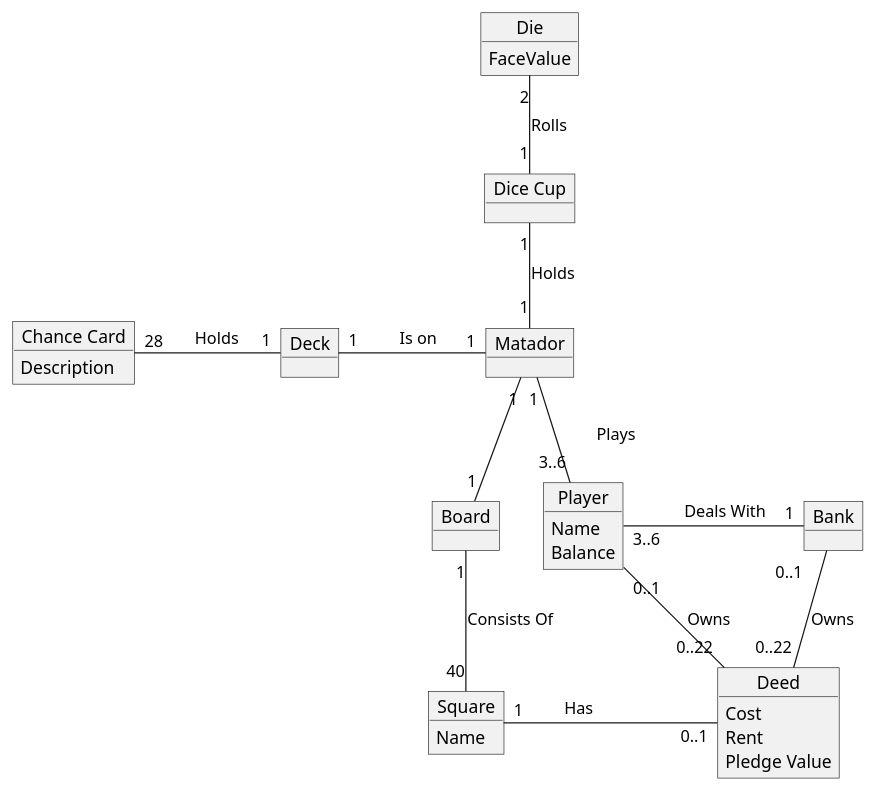
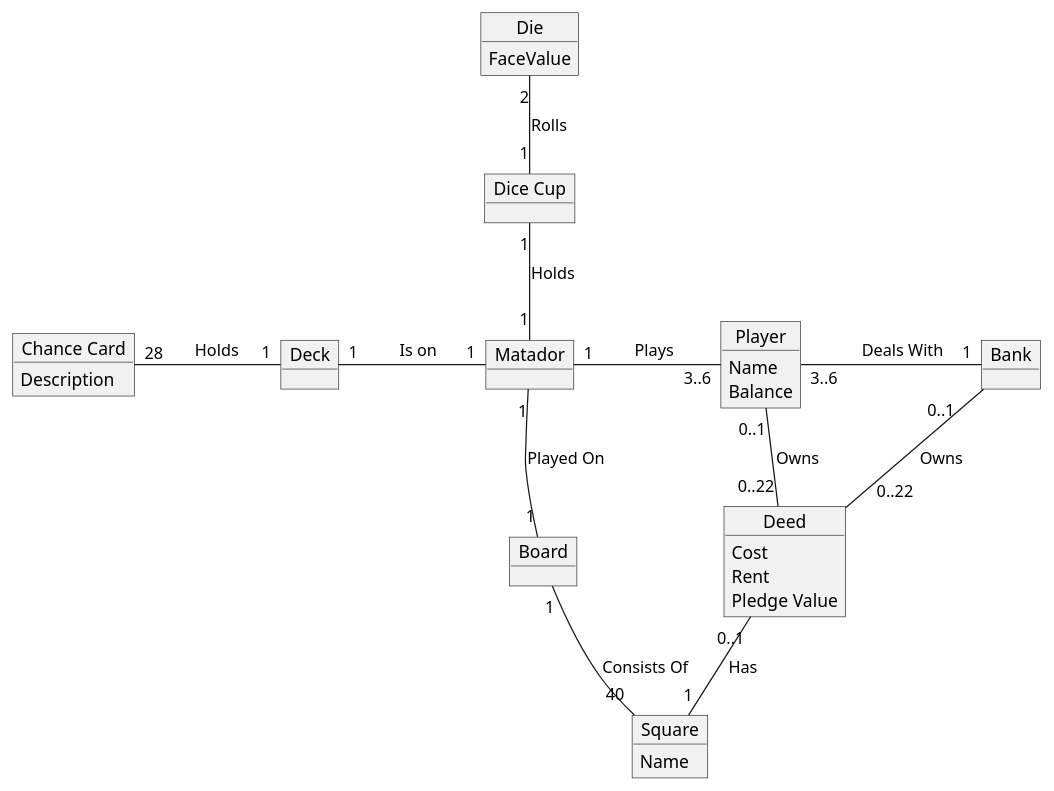
One commit to Greve2001/CDIO-final changed the diagram in diagrams/domain_model.puml. Above: the diagram before and after it, drawn with PlantUML.

Commit message:
layout improvements

```diff
--- a/diagrams/domain_model.puml
+++ b/diagrams/domain_model.puml
@@ -1,39 +1,39 @@
 @startuml
 
 object Board
 object Player
 object Die
 object "Dice Cup" as dicecup
 object Bank
 object "Chance Card" as chance
 object Deck
 object Square
 object Deed
 object Matador
 
 Die : FaceValue
 Player : Name
 Player : Balance
 chance : Description
 Deed : Cost
 Deed : Rent
 Deed : Pledge Value
 Square : Name
 
 Matador "1" -r- "3..6" Player : \t Plays \t
 Player "3..6" -r- "1" Bank : \t Deals With \t
 
 Matador "1" -u- "1" dicecup : Holds
 dicecup "1" -u- "2" Die : Rolls
 
 Deck "1" -l- "28" chance : \t Holds \t
 Matador "1" -l- "1" Deck : \t Is on \t
 
-Board "1" -u- "1" Matador
+Board "1" -u- "1" Matador : Played On \t\t\t\t
 Board "1" -d- "40" Square : Consists Of\t
 
-Square "1" -r- "0..1" Deed : \t Has \t\t\t
+Square "1" -u- "0..1" Deed : Has
 Bank "0..1    " -- "     0..22" Deed : Owns
-Player "0..1" -- "0..22" Deed : Owns
+Player "0..1" -- "0..22" Deed : Owns 
 
 @enduml
```
